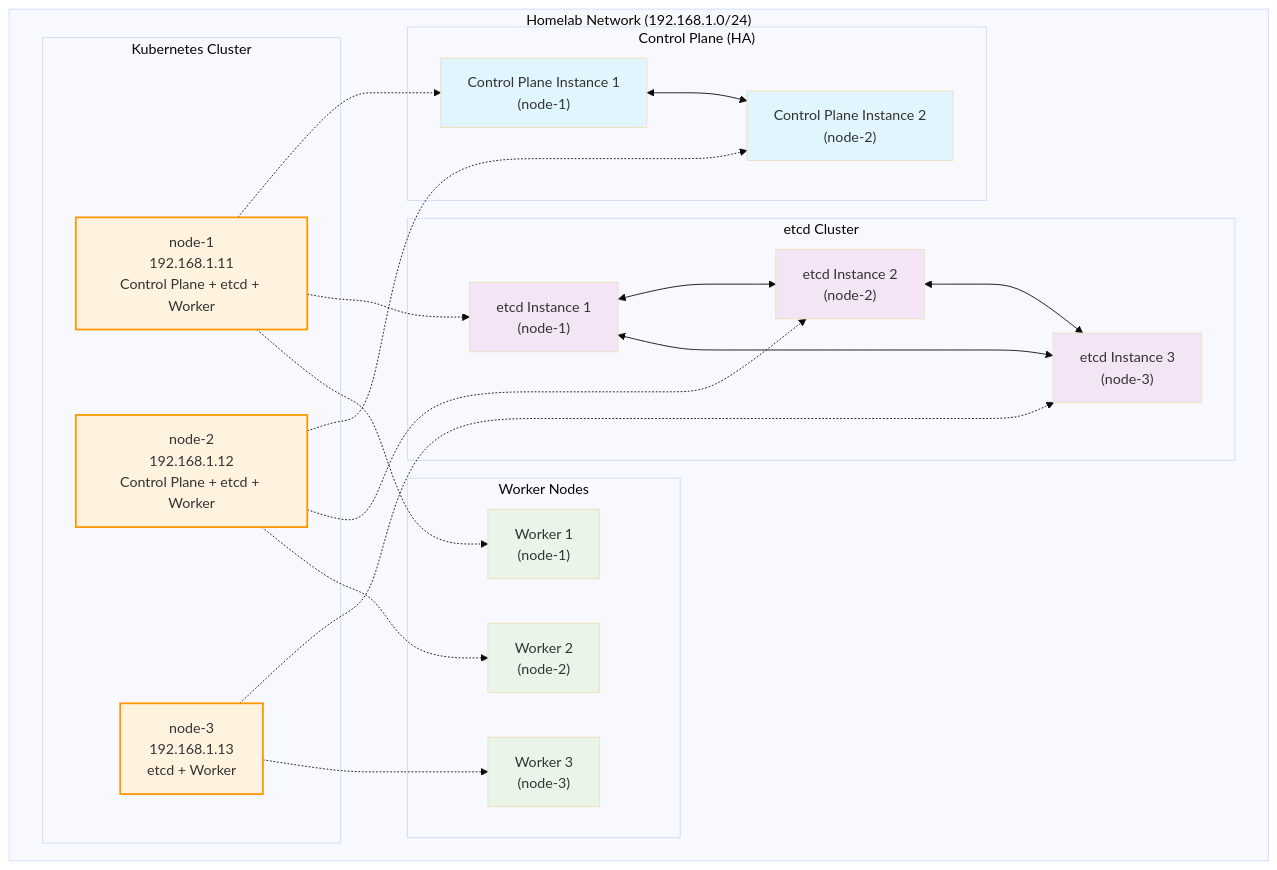
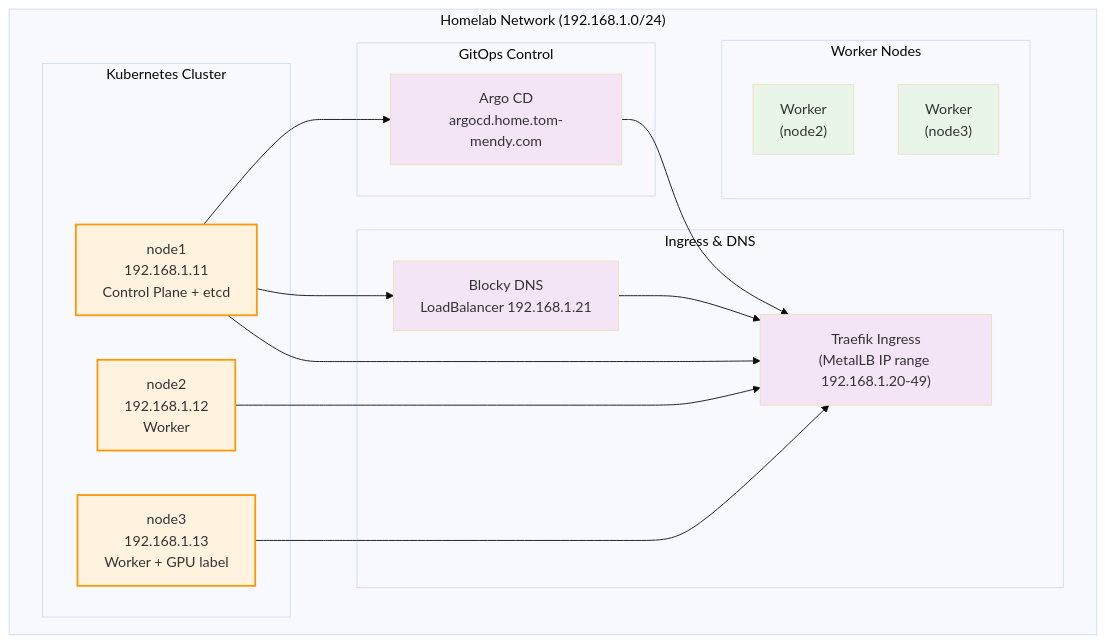
The diagram in docs/network-diagram.md (Tom-Mendy/homelab), drawn with Mermaid (base theme) before and after one commit. The commit also changed other lines of this file and 7 other files, not shown here.

Commit message:
feat(docs): Update documentation for backup procedures, disaster recovery, and network diagram; enhance kubeconfig instructions and Ollama commands

````diff
--- a/docs/network-diagram.md
+++ b/docs/network-diagram.md
@@ -17,56 +19,43 @@
 ```mermaid
 graph TB
     subgraph "Homelab Network (192.168.1.0/24)"
         subgraph "Kubernetes Cluster"
-            node1["node-1<br/>192.168.1.11<br/>Control Plane + etcd + Worker"]
-            node2["node-2<br/>192.168.1.12<br/>Control Plane + etcd + Worker"]
-            node3["node-3<br/>192.168.1.13<br/>etcd + Worker"]
+            node1["node1<br/>192.168.1.11<br/>Control Plane + etcd"]
+            node2["node2<br/>192.168.1.12<br/>Worker"]
+            node3["node3<br/>192.168.1.13<br/>Worker + GPU label"]
         end
 
-        subgraph "Control Plane (HA)"
-            cp1["Control Plane Instance 1<br/>(node-1)"]
-            cp2["Control Plane Instance 2<br/>(node-2)"]
+        subgraph "Ingress & DNS"
+            traefik["Traefik Ingress\n(MetalLB IP range 192.168.1.20-49)"]
+            blocky["Blocky DNS\nLoadBalancer 192.168.1.21"]
         end
 
-        subgraph "etcd Cluster"
-            etcd1["etcd Instance 1<br/>(node-1)"]
-            etcd2["etcd Instance 2<br/>(node-2)"]
-            etcd3["etcd Instance 3<br/>(node-3)"]
+        subgraph "GitOps Control"
+            argocd["Argo CD\nargocd.home.tom-mendy.com"]
         end
 
         subgraph "Worker Nodes"
-            worker1["Worker 1<br/>(node-1)"]
-            worker2["Worker 2<br/>(node-2)"]
-            worker3["Worker 3<br/>(node-3)"]
+            worker2["Worker<br/>(node2)"]
+            worker3["Worker<br/>(node3)"]
         end
     end
 
-    %% Connections
-    node1 -.-> cp1
-    node2 -.-> cp2
-    node1 -.-> etcd1
-    node2 -.-> etcd2
-    node3 -.-> etcd3
-    node1 -.-> worker1
-    node2 -.-> worker2
-    node3 -.-> worker3
-
-    %% etcd cluster communication
-    etcd1 <--> etcd2
-    etcd2 <--> etcd3
-    etcd3 <--> etcd1
-
-    %% Control plane HA
-    cp1 <--> cp2
+    node1 --> traefik
+    node1 --> blocky
+    node1 --> argocd
+    node2 --> traefik
+    node3 --> traefik
+    blocky --> traefik
+    argocd --> traefik
 
     %% Style
     classDef controlPlane fill:#e1f5fe
-    classDef etcdNode fill:#f3e5f5
     classDef workerNode fill:#e8f5e8
+    classDef platform fill:#f3e5f5
     classDef physicalNode fill:#fff3e0,stroke:#ff9800,stroke-width:2px
 
-    class cp1,cp2 controlPlane
-    class etcd1,etcd2,etcd3 etcdNode
-    class worker1,worker2,worker3 workerNode
+    class node1 controlPlane
+    class worker2,worker3 workerNode
+    class traefik,blocky,argocd platform
     class node1,node2,node3 physicalNode
 ```
````
